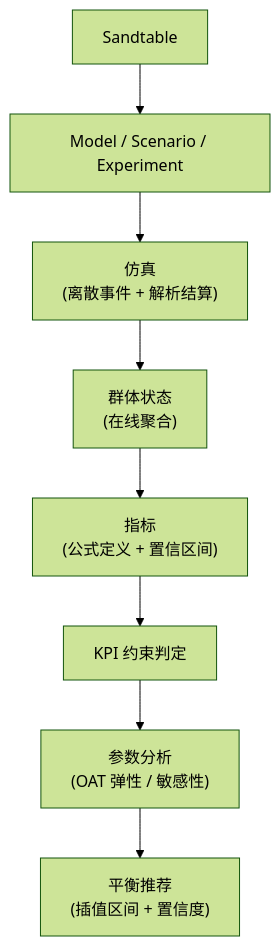
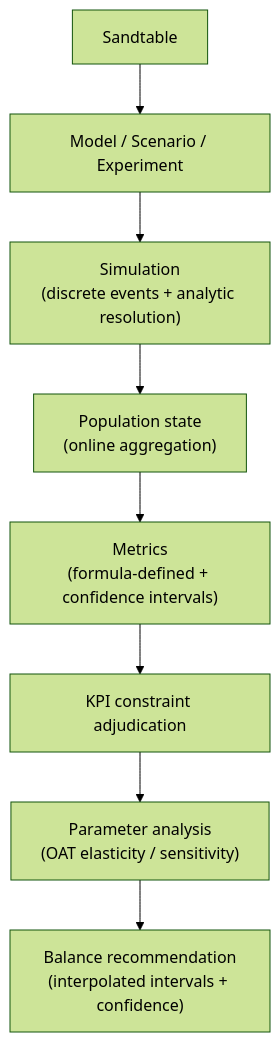
One commit to cuihairu/sandtable changed the diagram in docs/guide/20-principles-vision.md. Above: the diagram before and after it, drawn with Mermaid (forest theme). The commit also changed other lines of this file and 95 other files, not shown here.

````diff
--- a/docs/guide/20-principles-vision.md
+++ b/docs/guide/20-principles-vision.md
@@ -39,10 +39,10 @@
 ```mermaid
 flowchart TD
     ST["Sandtable"] --> DEF["Model / Scenario / Experiment"]
-    DEF --> SIM["仿真<br>(离散事件 + 解析结算)"]
-    SIM --> PS["群体状态<br>(在线聚合)"]
-    PS --> MET["指标<br>(公式定义 + 置信区间)"]
-    MET --> KPI["KPI 约束判定"]
-    KPI --> AN["参数分析<br>(OAT 弹性 / 敏感性)"]
-    AN --> REC["平衡推荐<br>(插值区间 + 置信度)"]
+    DEF --> SIM["Simulation<br>(discrete events + analytic resolution)"]
+    SIM --> PS["Population state<br>(online aggregation)"]
+    PS --> MET["Metrics<br>(formula-defined + confidence intervals)"]
+    MET --> KPI["KPI constraint adjudication"]
+    KPI --> AN["Parameter analysis<br>(OAT elasticity / sensitivity)"]
+    AN --> REC["Balance recommendation<br>(interpolated intervals + confidence)"]
 ```
````
